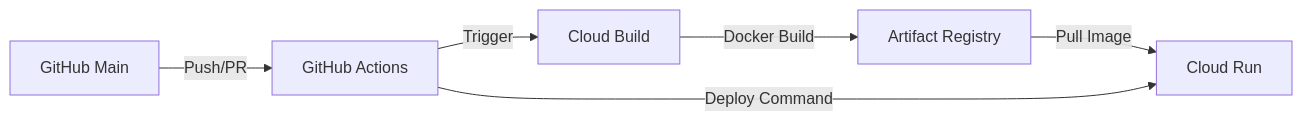
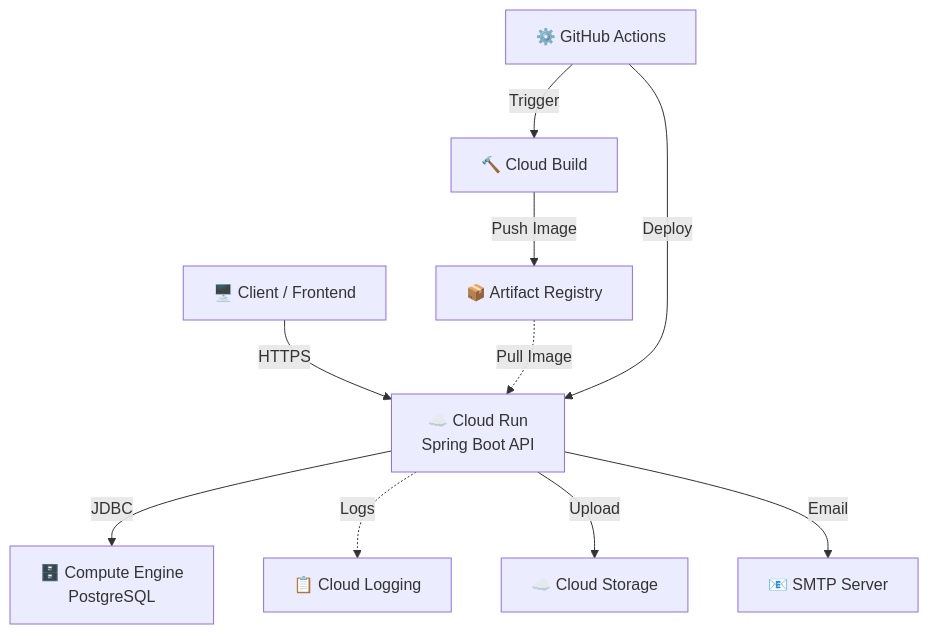
The first of 2 diagrams in deploy.md (GDGOC-Kangnam-University/every-club-be), drawn with Mermaid before and after one commit. The commit also changed other lines of this file, not shown here.

````diff
--- a/deploy.md
+++ b/deploy.md
@@ -21,8 +23,22 @@
 ```mermaid
-graph LR
-    A[GitHub Main] -->|Push/PR| B[GitHub Actions]
-    B -->|Trigger| C[Cloud Build]
-    C -->|Docker Build| D[Artifact Registry]
-    D -->|Pull Image| E[Cloud Run]
-    B -->|Deploy Command| E
+graph TD
+    Client["🖥️ Client / Frontend"]
+    GHA["⚙️ GitHub Actions"]
+    CR["☁️ Cloud Run<br/>Spring Boot API"]
+    GCE["🗄️ Compute Engine<br/>PostgreSQL"]
+    AR["📦 Artifact Registry"]
+    CB["🔨 Cloud Build"]
+    CL["📋 Cloud Logging"]
+    S3["☁️ Cloud Storage"]
+    SMTP["📧 SMTP Server"]
+
+    Client -->|HTTPS| CR
+    CR -->|JDBC| GCE
+    GHA -->|Trigger| CB
+    CB -->|Push Image| AR
+    AR -.->|Pull Image| CR
+    GHA -->|Deploy| CR
+    CR -.->|Logs| CL
+    CR -->|Upload| S3
+    CR -->|Email| SMTP
 ```
````
